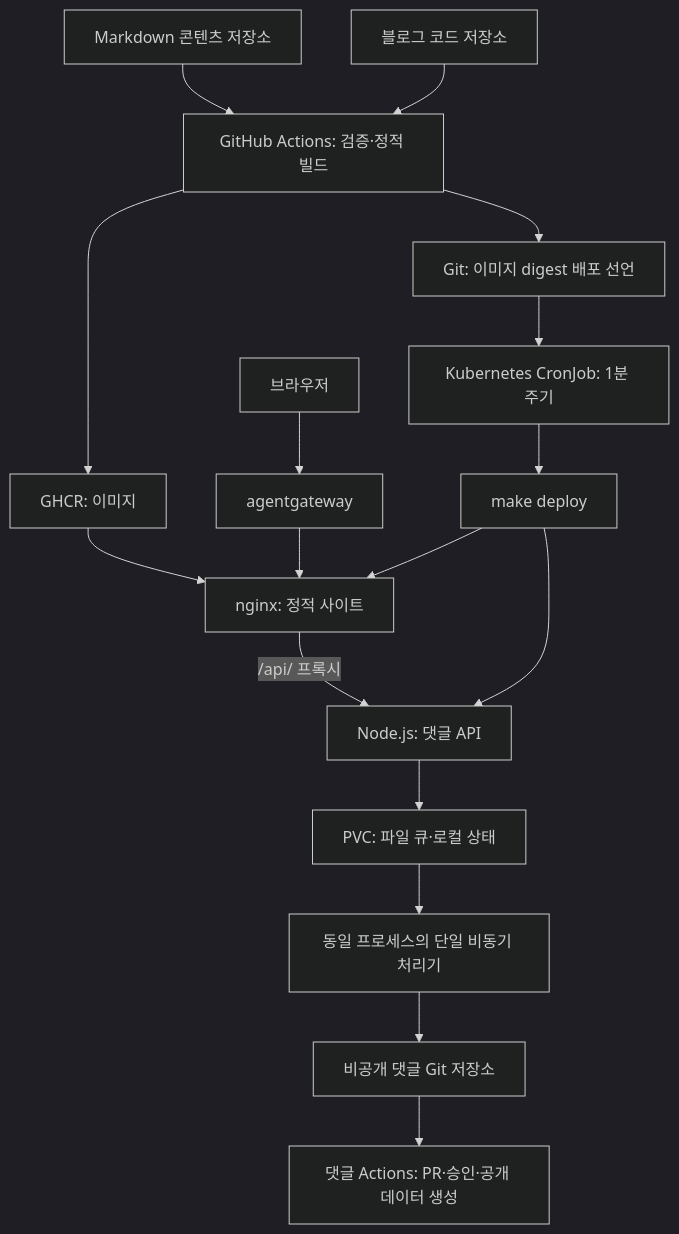
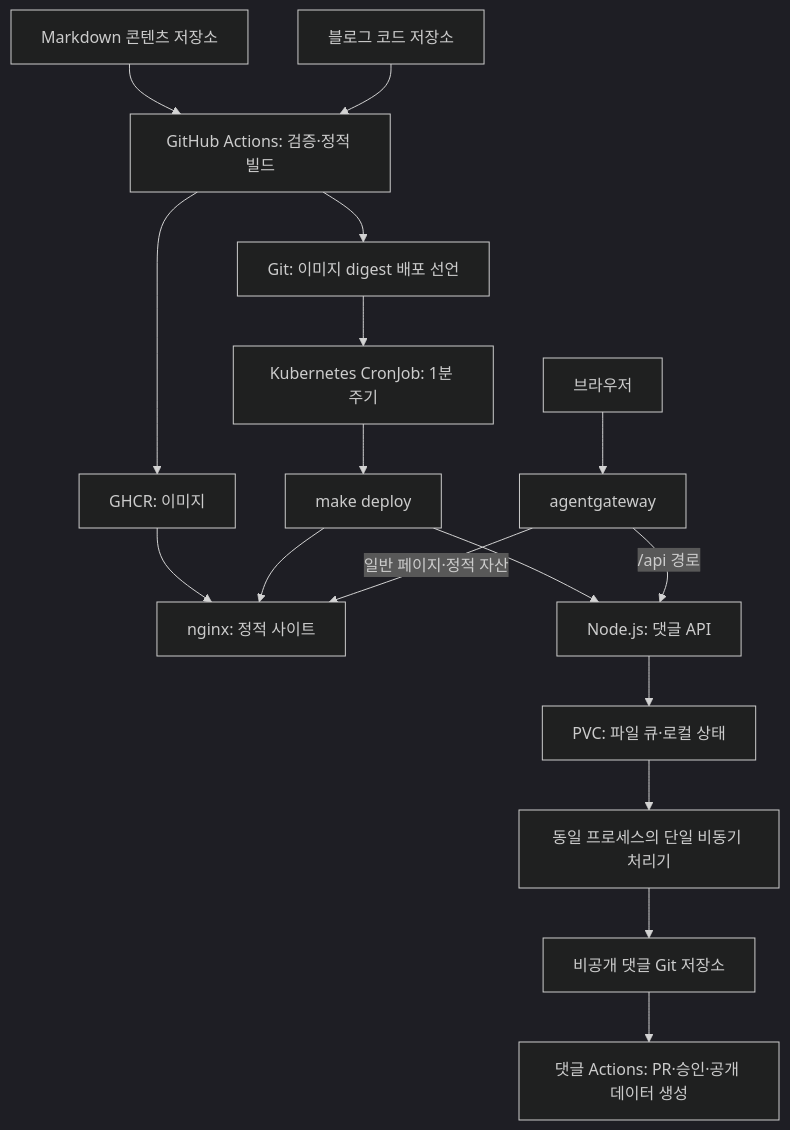
One commit to anyflow/anyflow-blog changed the diagram in ARCHITECTURE.md. Above: the diagram before and after it, drawn with Mermaid (dark theme). The commit also changed other lines of this file and 4 other files, not shown here.

````diff
--- a/ARCHITECTURE.md
+++ b/ARCHITECTURE.md
@@ -11,19 +11,19 @@
 ```mermaid
 flowchart TD
     Content[Markdown 콘텐츠 저장소] --> Build[GitHub Actions: 검증·정적 빌드]
     Code[블로그 코드 저장소] --> Build
     Build --> Registry[GHCR: 이미지]
     Build --> Declaration[Git: 이미지 digest 배포 선언]
     Declaration --> Poll[Kubernetes CronJob: 1분 주기]
     Poll --> Deploy[make deploy]
     Registry --> Web[nginx: 정적 사이트]
     Deploy --> Web
     Deploy --> API[Node.js: 댓글 API]
     Browser[브라우저] --> Gateway[agentgateway]
-    Gateway --> Web
-    Web -->|/api/ 프록시| API
+    Gateway -->|일반 페이지·정적 자산| Web
+    Gateway -->|/api 경로| API
     API --> Queue[PVC: 파일 큐·로컬 상태]
     Queue --> Worker[동일 프로세스의 단일 비동기 처리기]
     Worker --> Comments[비공개 댓글 Git 저장소]
     Comments --> Publication[댓글 Actions: PR·승인·공개 데이터 생성]
 ```
````
